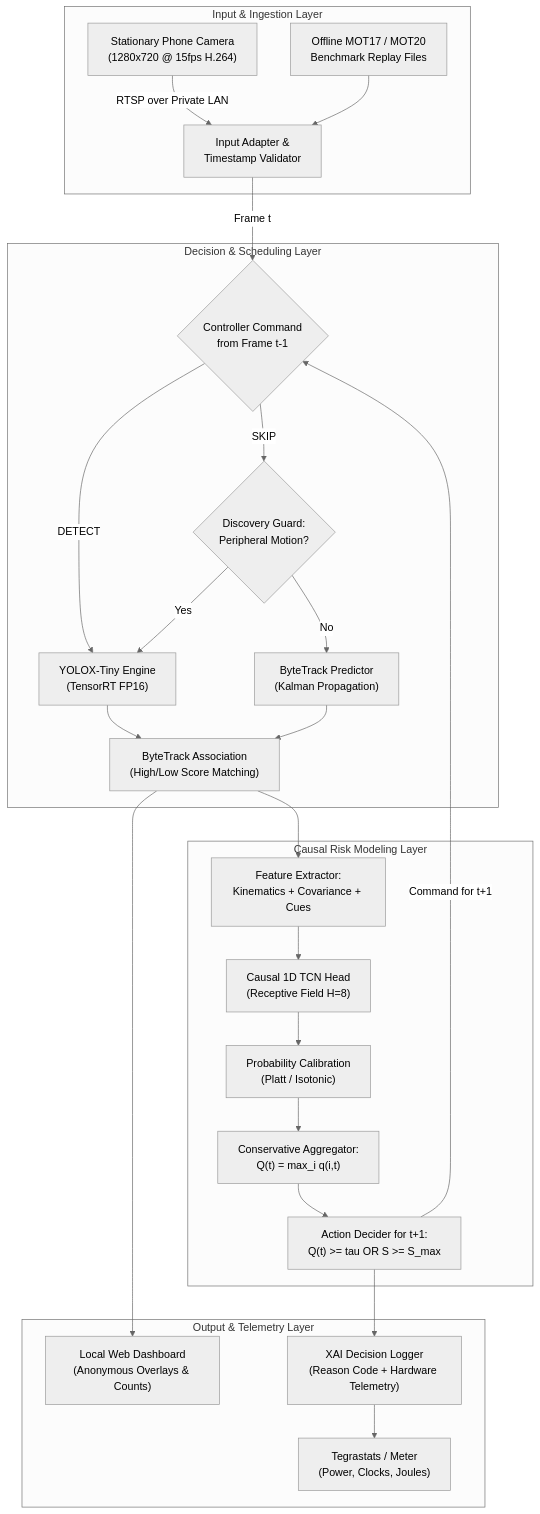
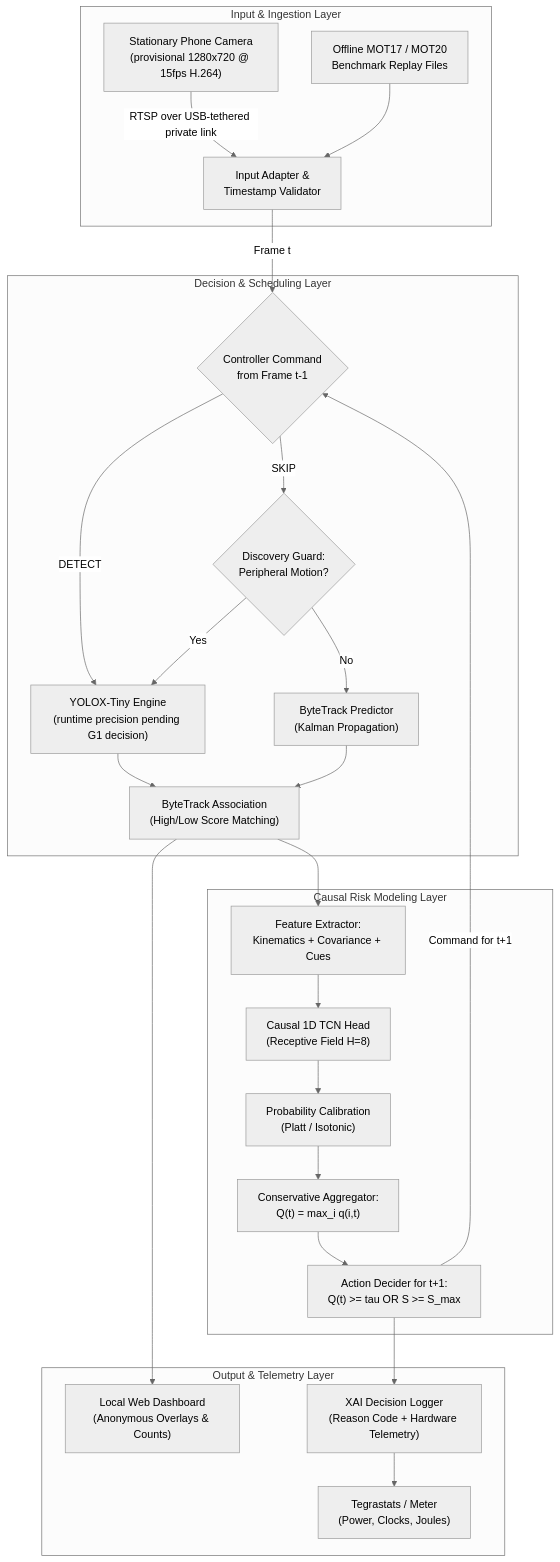
One commit to MidhulKiruthik/Edge_MOT changed the second of 2 diagrams in product_docs/09_faculty_pitch.md. Above: the diagram before and after it, drawn with Mermaid (neutral theme). The commit also changed other lines of this file and 21 other files, not shown here.

````diff
--- a/product_docs/09_faculty_pitch.md
+++ b/product_docs/09_faculty_pitch.md
@@ -213,32 +213,32 @@
 ```mermaid
 flowchart TD
     subgraph Input_Layer ["Input & Ingestion Layer"]
-        CAM["Stationary Phone Camera\n(1280x720 @ 15fps H.264)"] -->|RTSP over Private LAN| ADAPT["Input Adapter &\nTimestamp Validator"]
+        CAM["Stationary Phone Camera\n(provisional 1280x720 @ 15fps H.264)"] -->|RTSP over USB-tethered private link| ADAPT["Input Adapter &\nTimestamp Validator"]
         FILE["Offline MOT17 / MOT20\nBenchmark Replay Files"] --> ADAPT
     end
 
     subgraph Decision_Control ["Decision & Scheduling Layer"]
         ADAPT -->|Frame t| SCHED_CHECK{"Controller Command\nfrom Frame t-1"}
-        SCHED_CHECK -->|DETECT| DET["YOLOX-Tiny Engine\n(TensorRT FP16)"]
+        SCHED_CHECK -->|DETECT| DET["YOLOX-Tiny Engine\n(runtime precision pending G1 decision)"]
         SCHED_CHECK -->|SKIP| GUARD_EVAL{"Discovery Guard:\nPeripheral Motion?"}
         GUARD_EVAL -- Yes --> DET
         GUARD_EVAL -- No --> PROP["ByteTrack Predictor\n(Kalman Propagation)"]
         DET --> ASSOC["ByteTrack Association\n(High/Low Score Matching)"]
         PROP --> ASSOC
     end
 
     subgraph Risk_Inference ["Causal Risk Modeling Layer"]
         ASSOC --> FEAT["Feature Extractor:\nKinematics + Covariance + Cues"]
         FEAT --> TCN["Causal 1D TCN Head\n(Receptive Field H=8)"]
         TCN --> CALIB["Probability Calibration\n(Platt / Isotonic)"]
         CALIB --> AGG["Conservative Aggregator:\nQ(t) = max_i q(i,t)"]
         AGG --> DECIDE["Action Decider for t+1:\nQ(t) >= tau OR S >= S_max"]
         DECIDE -->|Command for t+1| SCHED_CHECK
     end
 
     subgraph Output_Telemetry ["Output & Telemetry Layer"]
         ASSOC --> UI["Local Web Dashboard\n(Anonymous Overlays & Counts)"]
         DECIDE --> LOG["XAI Decision Logger\n(Reason Code + Hardware Telemetry)"]
         LOG --> JTS["Tegrastats / Meter\n(Power, Clocks, Joules)"]
     end
 ```
````
